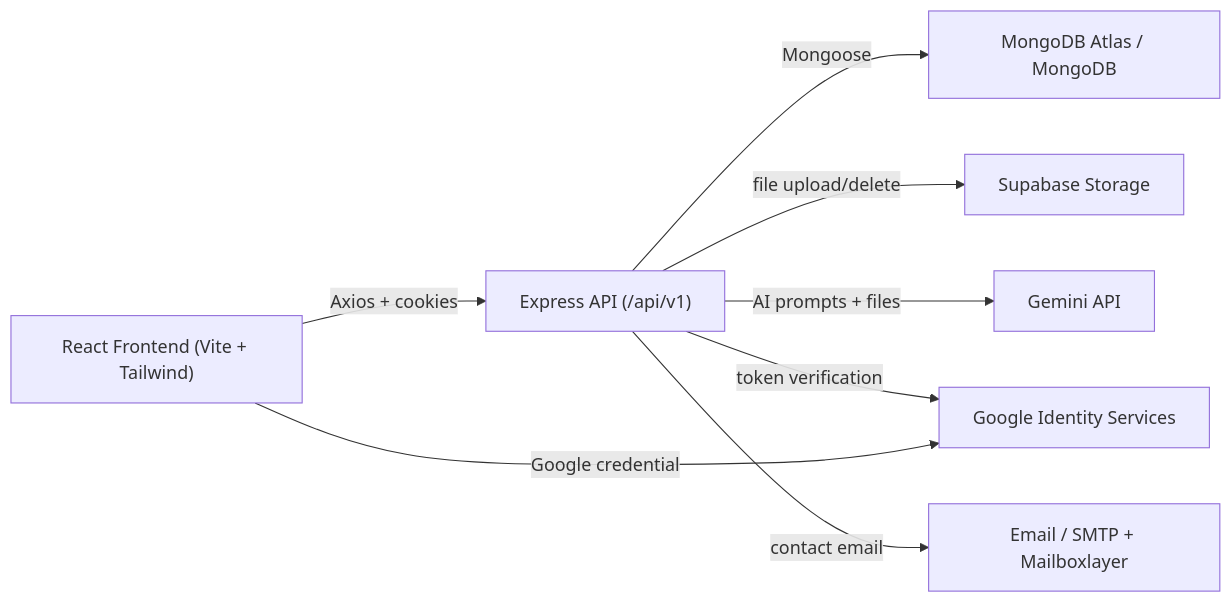
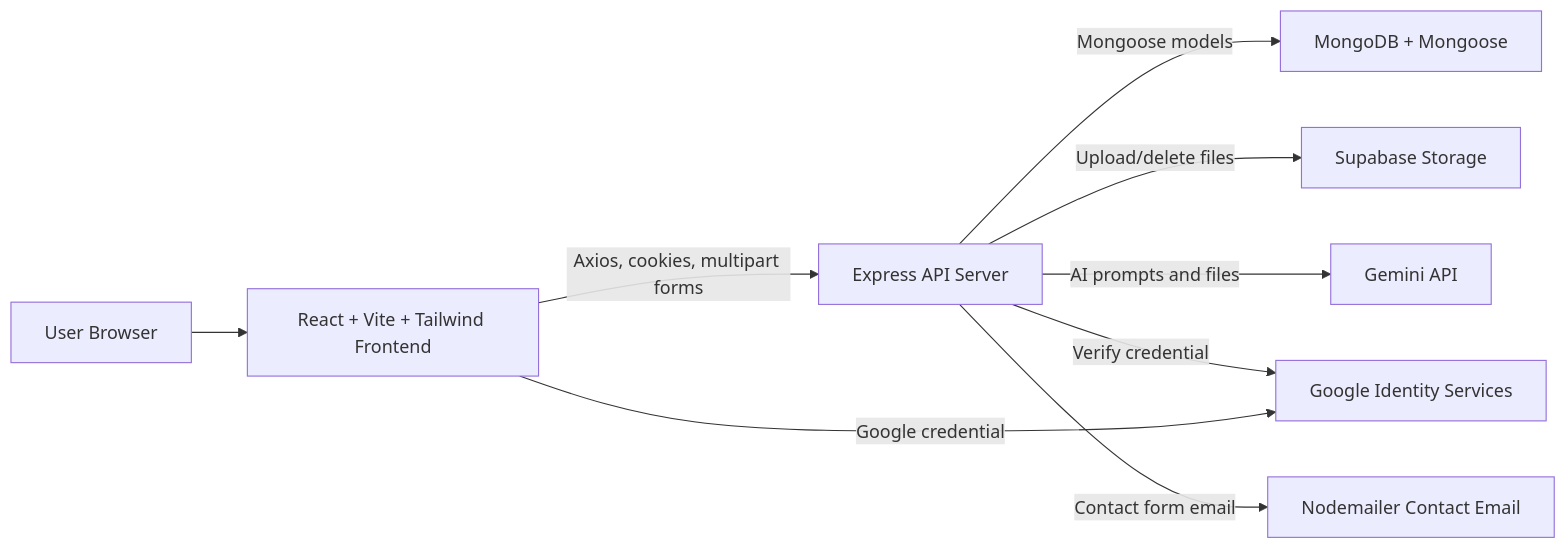
Before and after one commit to Ksaket7/GBPIET_NOTES: the diagram in Readme.MD, drawn with Mermaid. The commit also changed other lines of this file and 1 other file, not shown here.

````diff
--- a/Readme.MD
+++ b/Readme.MD
@@ -65,18 +94,20 @@
 ```mermaid
 flowchart LR
-  Browser["React Frontend (Vite + Tailwind)"]
-  API["Express API (/api/v1)"]
-  Mongo["MongoDB Atlas / MongoDB"]
+  User["User Browser"]
+  Frontend["React + Vite + Tailwind Frontend"]
+  Backend["Express API Server"]
+  MongoDB["MongoDB + Mongoose"]
   Supabase["Supabase Storage"]
   Google["Google Identity Services"]
   Gemini["Gemini API"]
-  Mail["Email / SMTP + Mailboxlayer"]
+  SMTP["Nodemailer Contact Email"]
 
-  Browser -->|Axios + cookies| API
-  API -->|Mongoose| Mongo
-  API -->|file upload/delete| Supabase
-  Browser -->|Google credential| Google
-  API -->|token verification| Google
-  API -->|AI prompts + files| Gemini
-  API -->|contact email| Mail
+  User --> Frontend
+  Frontend -->|"Axios, cookies, multipart forms"| Backend
+  Backend -->|"Mongoose models"| MongoDB
+  Backend -->|"Upload/delete files"| Supabase
+  Frontend -->|"Google credential"| Google
+  Backend -->|"Verify credential"| Google
+  Backend -->|"AI prompts and files"| Gemini
+  Backend -->|"Contact form email"| SMTP
 ```
````
